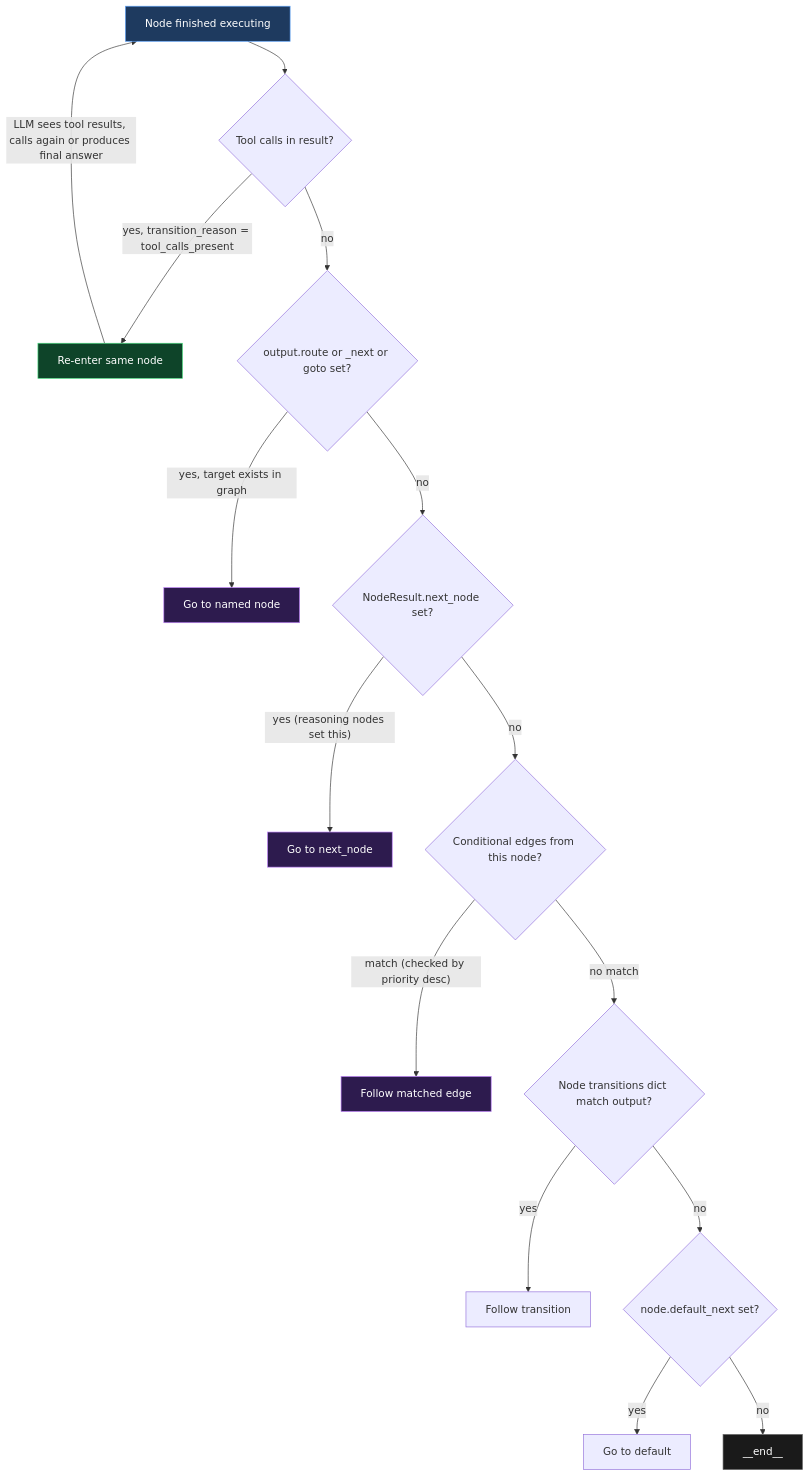
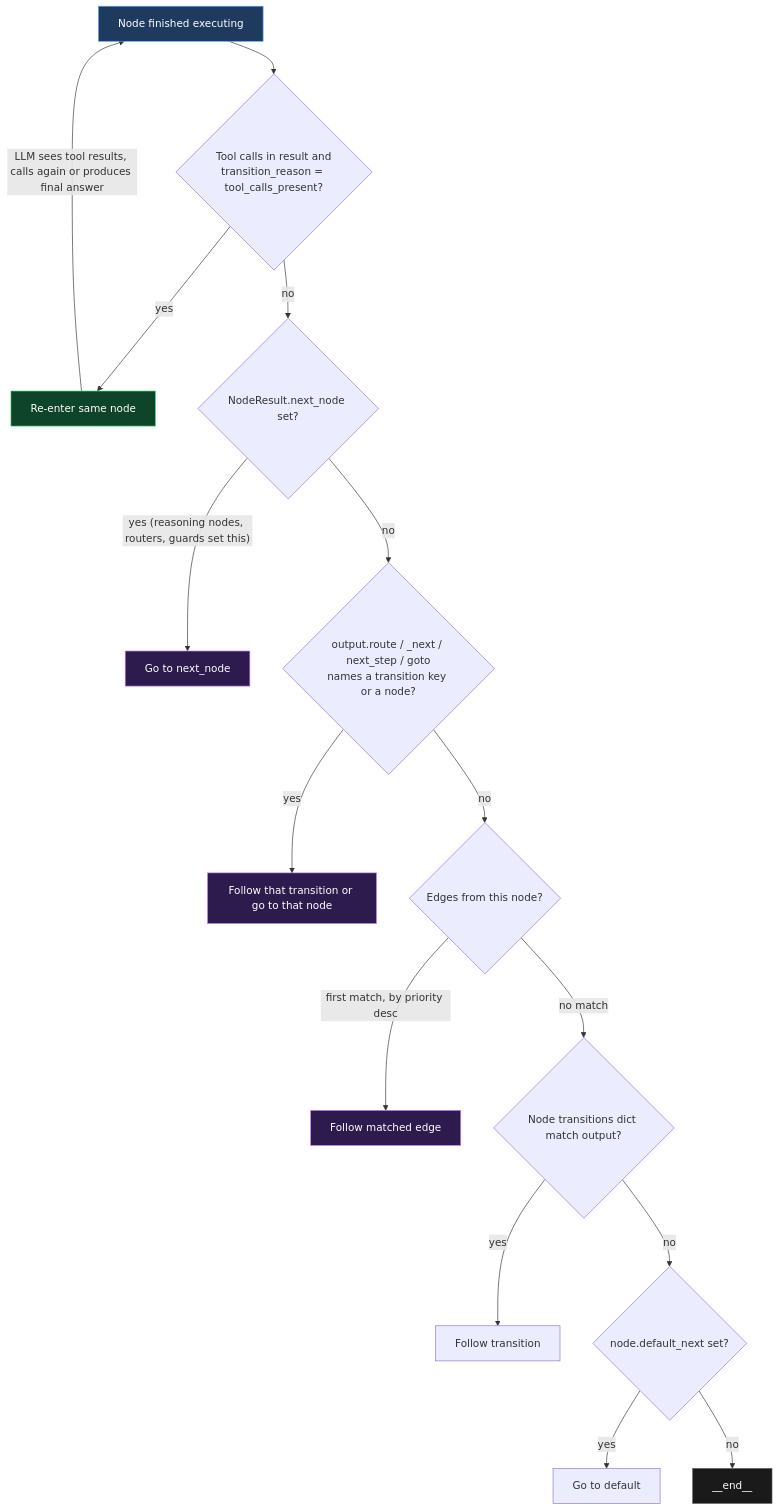
The third of 10 diagrams in docs/core/engine-internals.md (CloudEngineHub/DeepMCPAgent), drawn with Mermaid before and after one commit. The commit also changed other lines of this file and 11 other files, not shown here.

First line of the commit message:
docs(engine): reasoning graph reference matches the engine

````diff
--- a/docs/core/engine-internals.md
+++ b/docs/core/engine-internals.md
@@ -95,30 +101,30 @@
 ```mermaid
 graph TD
-    NE[Node finished executing] --> TC{Tool calls in result?}
-    TC --> |"yes, transition_reason = tool_calls_present"| SAME[Re-enter same node]
-    TC --> |no| LLM{output.route or _next or goto set?}
+    NE[Node finished executing] --> TC{"Tool calls in result and<br/>transition_reason = tool_calls_present?"}
+    TC --> |yes| SAME[Re-enter same node]
+    TC --> |no| NR{NodeResult.next_node set?}
 
-    LLM --> |"yes, target exists in graph"| TARGET[Go to named node]
-    LLM --> |no| NR{NodeResult.next_node set?}
+    NR --> |"yes (reasoning nodes, routers, guards set this)"| TARGET2[Go to next_node]
+    NR --> |no| LLM{"output.route / _next / next_step / goto<br/>names a transition key or a node?"}
 
-    NR --> |"yes (reasoning nodes set this)"| TARGET2[Go to next_node]
-    NR --> |no| EDGE{Conditional edges from this node?}
+    LLM --> |yes| TARGET[Follow that transition or go to that node]
+    LLM --> |no| EDGE{Edges from this node?}
 
-    EDGE --> |"match (checked by priority desc)"| TARGET3[Follow matched edge]
+    EDGE --> |"first match, by priority desc"| TARGET3[Follow matched edge]
     EDGE --> |no match| TR{Node transitions dict match output?}
 
     TR --> |yes| TARGET4[Follow transition]
     TR --> |no| DEF{node.default_next set?}
 
     DEF --> |yes| TARGET5[Go to default]
     DEF --> |no| GRAPH_END[__end__]
 
     SAME --> |"LLM sees tool results, calls again or produces final answer"| NE
 
     style NE fill:#1e3a5f,stroke:#60a5fa,color:#fff
     style SAME fill:#0e4429,stroke:#4ade80,color:#fff
     style GRAPH_END fill:#1a1a1a,stroke:#666,color:#fff
     style TARGET fill:#2d1b4e,stroke:#c084fc,color:#fff
     style TARGET2 fill:#2d1b4e,stroke:#c084fc,color:#fff
     style TARGET3 fill:#2d1b4e,stroke:#c084fc,color:#fff
 ```
````
